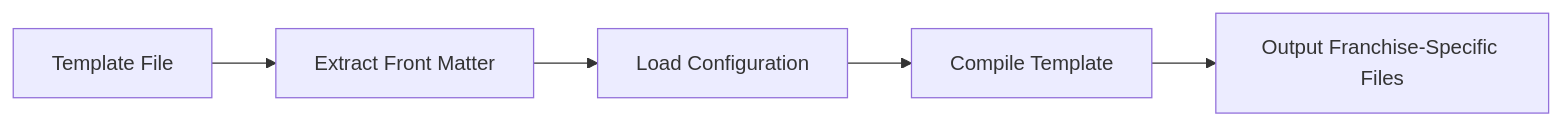
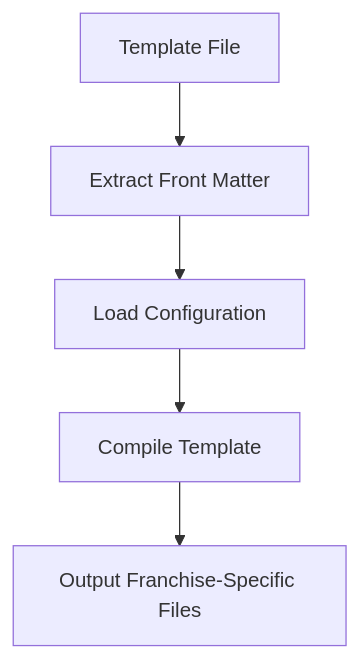
Before and after one commit to Alex-Rafter/wiki: the first of 3 diagrams in watcher-codebase-docs.md, drawn with Mermaid. The commit also changed other lines of this file and 1 other file, not shown here.

````diff
--- a/watcher-codebase-docs.md
+++ b/watcher-codebase-docs.md
@@ -59,7 +67,7 @@
 ```mermaid
-graph LR
+graph TD
     A[Template File] --> B[Extract Front Matter]
     B --> C[Load Configuration]
     C --> D[Compile Template]
     D --> E[Output Franchise-Specific Files]
 ```
````
